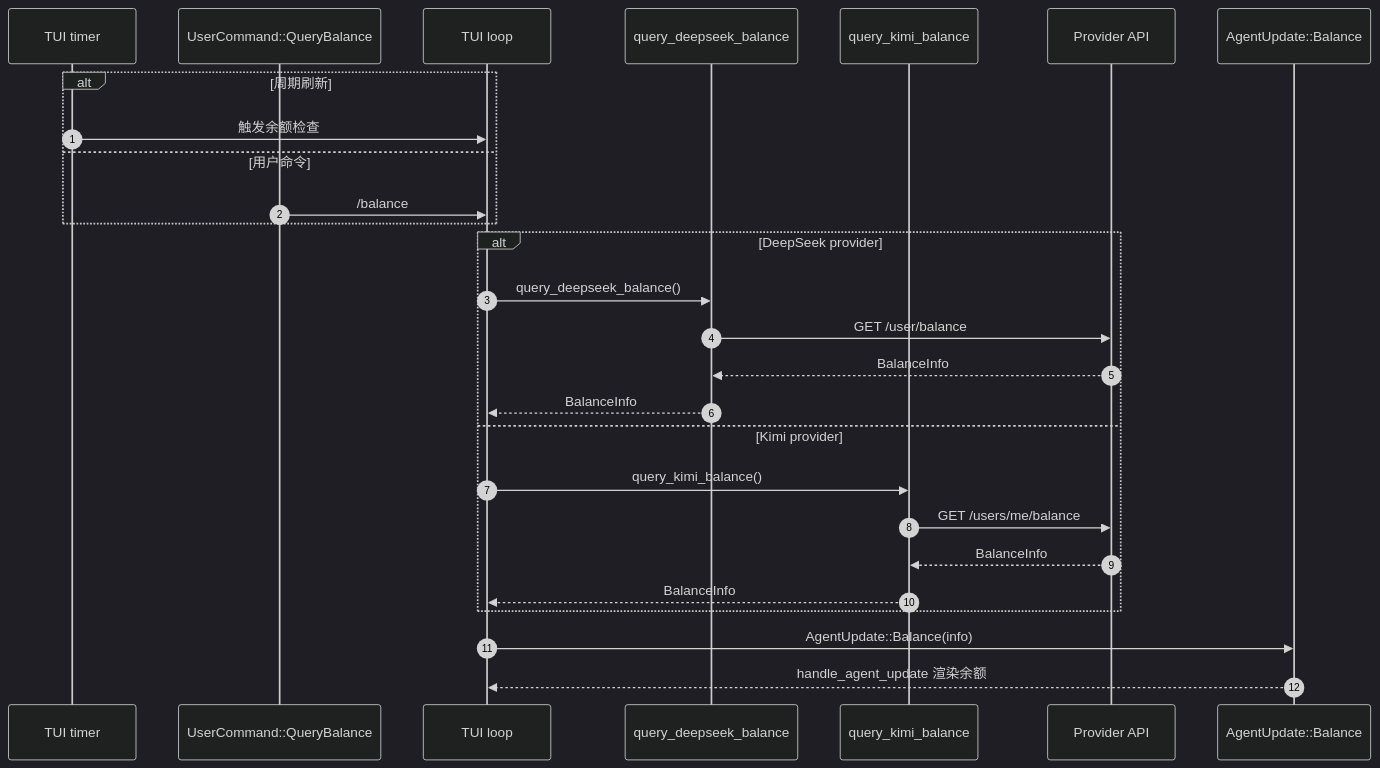
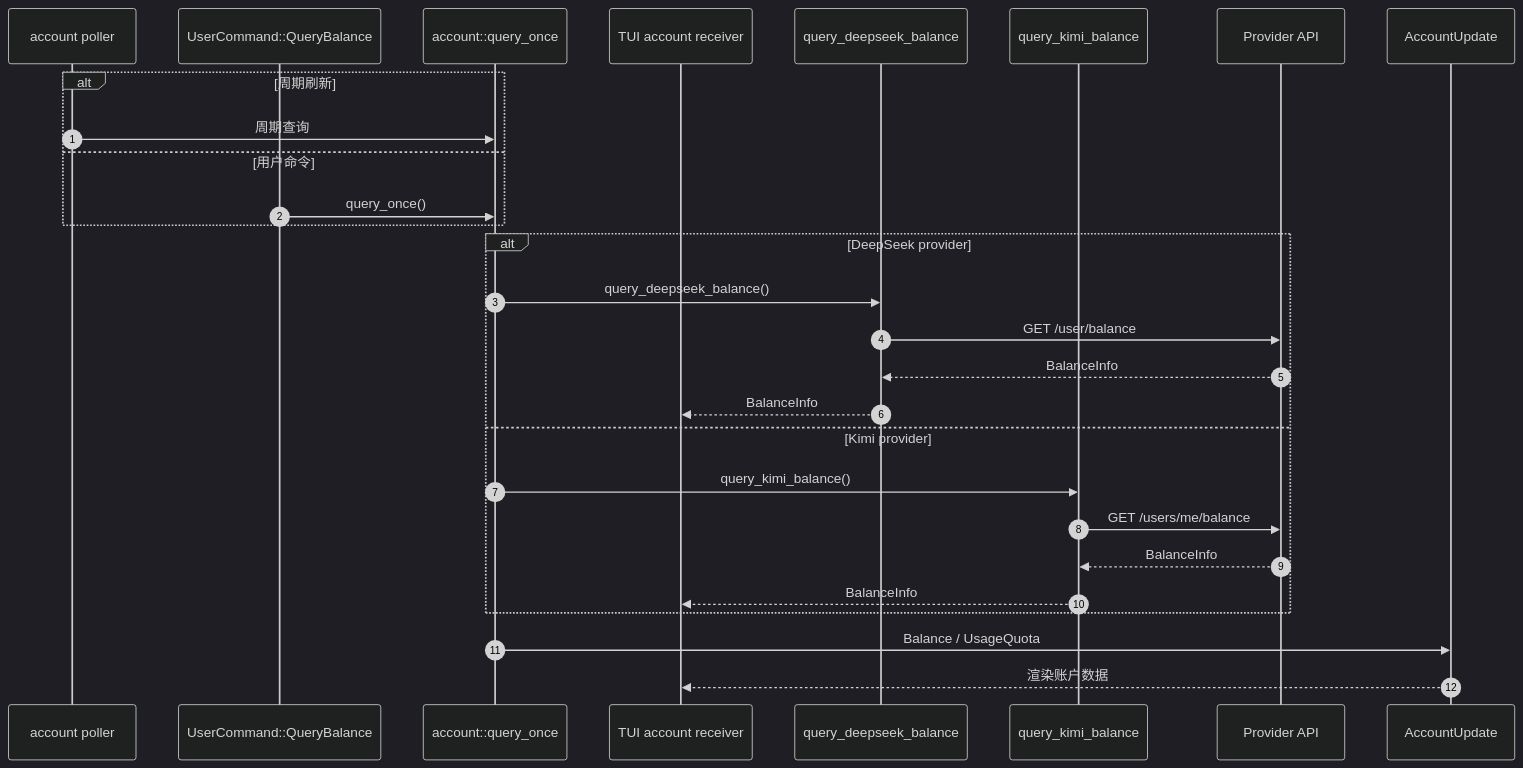
Before and after one commit to rust-infra/tact: the fifth of 5 diagrams in book/22_chapter_llm_zh.md, drawn with Mermaid (dark theme). The commit also changed other lines of this file and 5 other files, not shown here.

````diff
--- a/book/22_chapter_llm_zh.md
+++ b/book/22_chapter_llm_zh.md
@@ -335,30 +335,31 @@
 ```mermaid
 sequenceDiagram
     autonumber
-    participant Timer as TUI timer
+    participant Poller as account poller
     participant Cmd as UserCommand::QueryBalance
-    participant TUI as TUI loop
+    participant Service as account::query_once
+    participant TUI as TUI account receiver
     participant DeepSeek as query_deepseek_balance
     participant Kimi as query_kimi_balance
     participant API as Provider API
-    participant Update as AgentUpdate::Balance
+    participant Update as AccountUpdate
 
     alt 周期刷新
-        Timer->>TUI: 触发余额检查
+        Poller->>Service: 周期查询
     else 用户命令
-        Cmd->>TUI: /balance
+        Cmd->>Service: query_once()
     end
     alt DeepSeek provider
-        TUI->>DeepSeek: query_deepseek_balance()
+        Service->>DeepSeek: query_deepseek_balance()
         DeepSeek->>API: GET /user/balance
         API-->>DeepSeek: BalanceInfo
         DeepSeek-->>TUI: BalanceInfo
     else Kimi provider
-        TUI->>Kimi: query_kimi_balance()
+        Service->>Kimi: query_kimi_balance()
         Kimi->>API: GET /users/me/balance
         API-->>Kimi: BalanceInfo
         Kimi-->>TUI: BalanceInfo
     end
-    TUI->>Update: AgentUpdate::Balance(info)
-    Update-->>TUI: handle_agent_update 渲染余额
+    Service->>Update: Balance / UsageQuota
+    Update-->>TUI: 渲染账户数据
 ```
````
